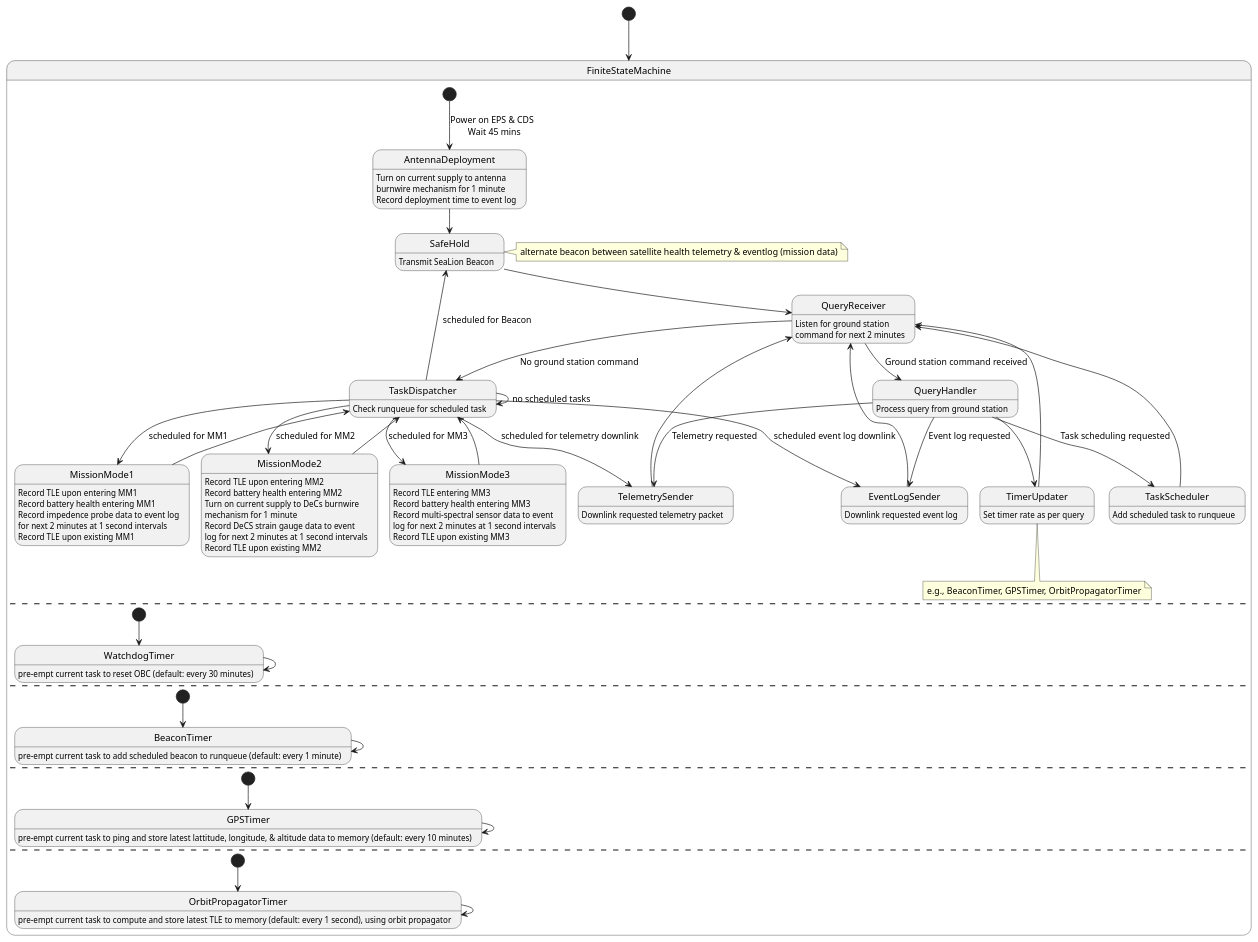
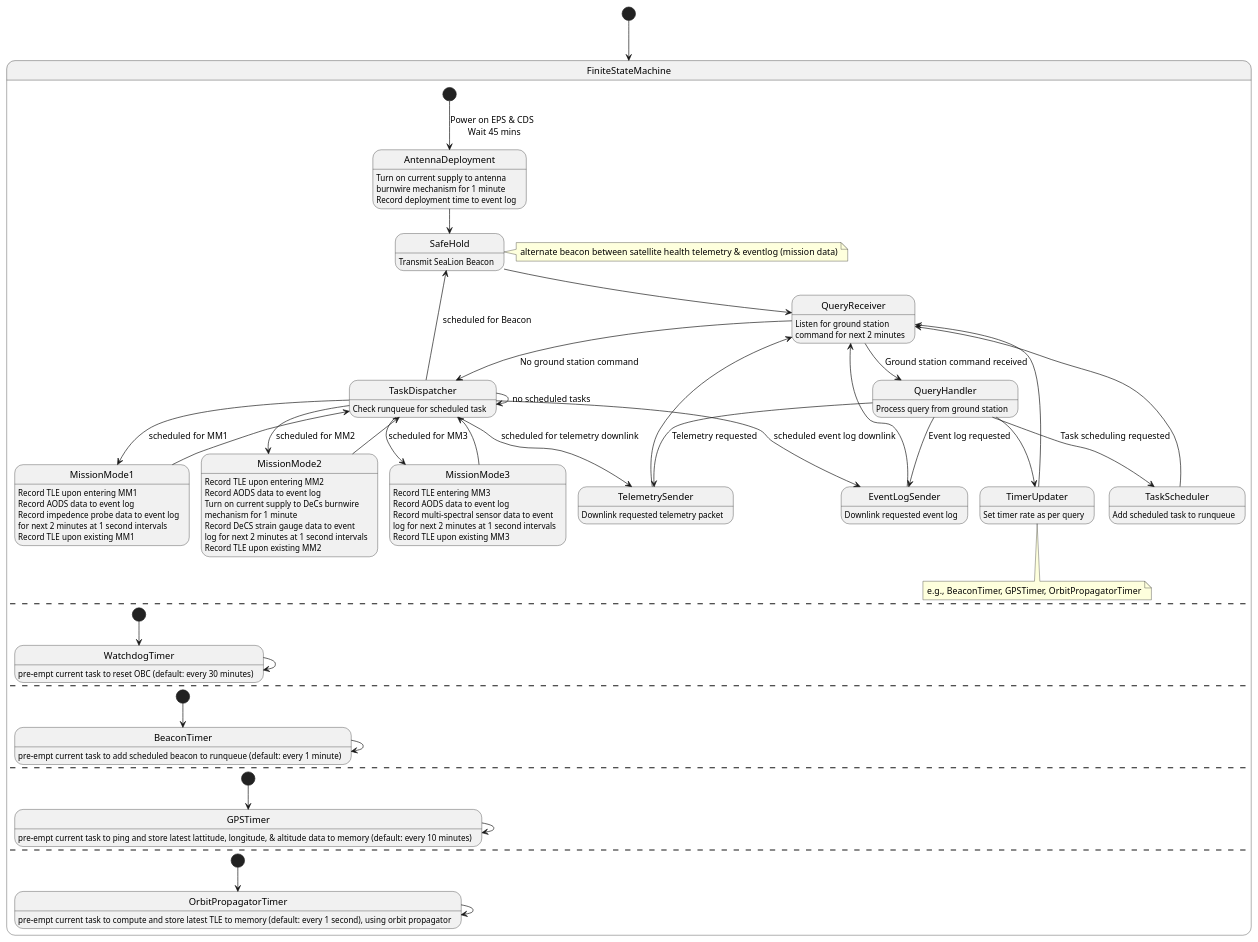
One commit to ODU-CGA-CubeSat/FSW changed the diagram in fsw-architecture/operating-mode-as-fsm.puml. Above: the diagram before and after it, drawn with PlantUML.

Commit message:
replace battery health with AODS data

```diff
--- a/fsw-architecture/operating-mode-as-fsm.puml
+++ b/fsw-architecture/operating-mode-as-fsm.puml
@@ -1,93 +1,93 @@
 @startuml
 
 [*] --> FiniteStateMachine
 state FiniteStateMachine {
       state AntennaDeployment
             AntennaDeployment : Turn on current supply to antenna
             AntennaDeployment : burnwire mechanism for 1 minute
             AntennaDeployment : Record deployment time to event log
       state SafeHold
             SafeHold : Transmit SeaLion Beacon
       note right of SafeHold : alternate beacon between satellite health telemetry & eventlog (mission data)
       state QueryReceiver
             QueryReceiver : Listen for ground station
             QueryReceiver : command for next 2 minutes
       state TelemetrySender
             TelemetrySender : Downlink requested telemetry packet
       state EventLogSender
             EventLogSender : Downlink requested event log
       state TimerUpdater
       TimerUpdater : Set timer rate as per query
       note bottom of TimerUpdater : e.g., BeaconTimer, GPSTimer, OrbitPropagatorTimer
       state MissionMode1
             MissionMode1 : Record TLE upon entering MM1
-            MissionMode1 : Record battery health entering MM1
+            MissionMode1 : Record AODS data to event log
             MissionMode1 : Record impedence probe data to event log
             MissionMode1 : for next 2 minutes at 1 second intervals
             MissionMode1 : Record TLE upon existing MM1
       state MissionMode2
             MissionMode2 : Record TLE upon entering MM2
-            MissionMode2 : Record battery health entering MM2
+            MissionMode2 : Record AODS data to event log
             MissionMode2 : Turn on current supply to DeCs burnwire
             MissionMode2 : mechanism for 1 minute
             MissionMode2 : Record DeCS strain gauge data to event
             MissionMode2 : log for next 2 minutes at 1 second intervals
             MissionMode2 : Record TLE upon existing MM2
       state MissionMode3
             MissionMode3 : Record TLE entering MM3
-            MissionMode3 : Record battery health entering MM3
+            MissionMode3 : Record AODS data to event log
             MissionMode3 : Record multi-spectral sensor data to event
             MissionMode3 : log for next 2 minutes at 1 second intervals
             MissionMode3 : Record TLE upon existing MM3
       state TaskDispatcher
             TaskDispatcher : Check runqueue for scheduled task
       state QueryHandler
             QueryHandler : Process query from ground station
       state TaskScheduler
             TaskScheduler : Add scheduled task to runqueue
 
       [*] --> AntennaDeployment : Power on EPS & CDS \n Wait 45 mins
       AntennaDeployment --> SafeHold
       SafeHold --> QueryReceiver
       QueryReceiver --> QueryHandler : Ground station command received
       QueryHandler --> TelemetrySender : Telemetry requested
       QueryHandler --> EventLogSender : Event log requested
       QueryHandler --> TaskScheduler : Task scheduling requested
       QueryHandler --> TimerUpdater
       TimerUpdater --> QueryReceiver
       TelemetrySender --> QueryReceiver
       EventLogSender --> QueryReceiver
       TaskScheduler --> QueryReceiver
       QueryReceiver --> TaskDispatcher : No ground station command
       TaskDispatcher --> TaskDispatcher : no scheduled tasks
       TaskDispatcher --> MissionMode1 : scheduled for MM1
       TaskDispatcher --> MissionMode2 : scheduled for MM2
       TaskDispatcher --> MissionMode3 : scheduled for MM3
       TaskDispatcher --> EventLogSender : scheduled event log downlink
       TaskDispatcher --> TelemetrySender : scheduled for telemetry downlink
       TaskDispatcher --> SafeHold : scheduled for Beacon
       MissionMode1 --> TaskDispatcher
       MissionMode2 --> TaskDispatcher
       MissionMode3 --> TaskDispatcher
       --
       state WatchdogTimer
             WatchdogTimer : pre-empt current task to reset OBC (default: every 30 minutes)
       [*] --> WatchdogTimer
       WatchdogTimer --> WatchdogTimer
       --
       state BeaconTimer
             BeaconTimer : pre-empt current task to add scheduled beacon to runqueue (default: every 1 minute)
       [*] --> BeaconTimer
       BeaconTimer --> BeaconTimer
       --
       state GPSTimer
             GPSTimer : pre-empt current task to ping and store latest lattitude, longitude, & altitude data to memory (default: every 10 minutes)
       [*] --> GPSTimer
       GPSTimer --> GPSTimer
       --
       state OrbitPropagatorTimer
             OrbitPropagatorTimer : pre-empt current task to compute and store latest TLE to memory (default: every 1 second), using orbit propagator
       [*] --> OrbitPropagatorTimer
       OrbitPropagatorTimer --> OrbitPropagatorTimer
 }
 @enduml
```
